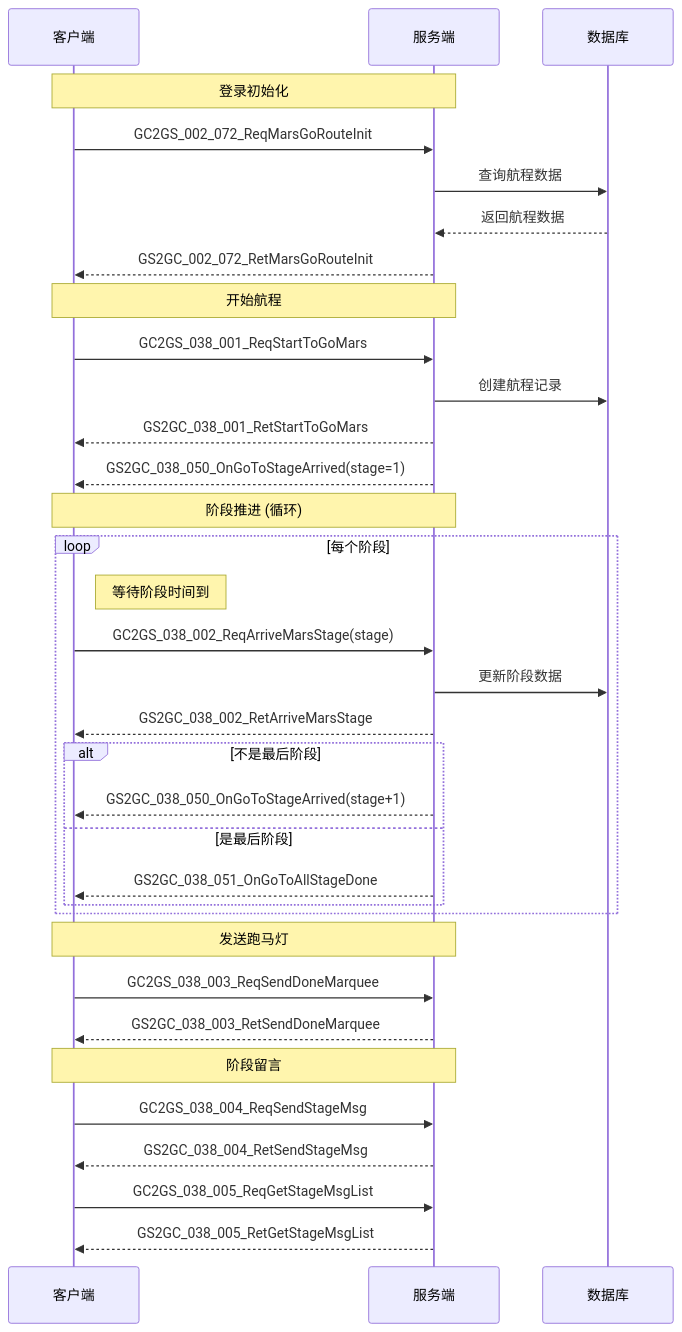
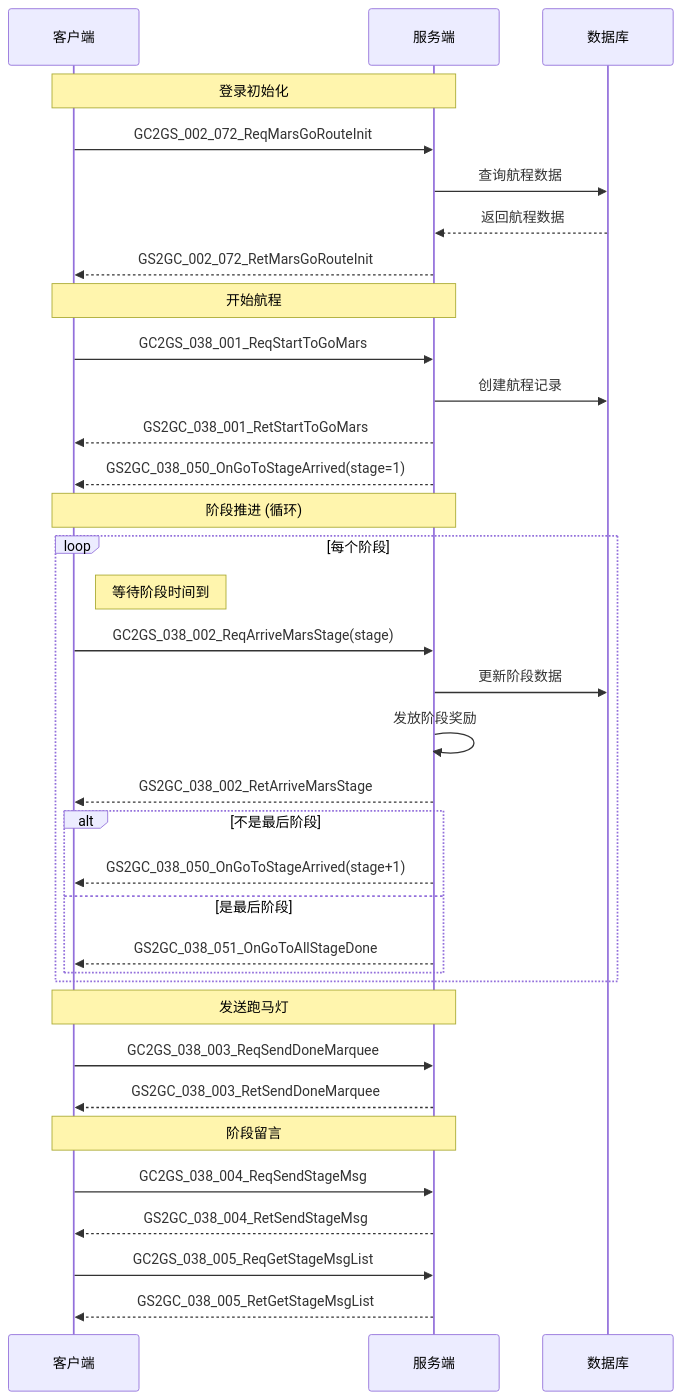
Before and after one commit to Alan-Ben/k2c_game_framework: the second of 6 diagrams in docs/Module_Mars/02_协议文档.md, drawn with Mermaid. The commit also changed other lines of this file and 6 other files, not shown here.

````diff
--- a/docs/Module_Mars/02_协议文档.md
+++ b/docs/Module_Mars/02_协议文档.md
@@ -391,43 +892,44 @@
 ```mermaid
 sequenceDiagram
     participant Client as 客户端
     participant Server as 服务端
     participant DB as 数据库
 
     Note over Client,Server: 登录初始化
     Client->>Server: GC2GS_002_072_ReqMarsGoRouteInit
     Server->>DB: 查询航程数据
     DB-->>Server: 返回航程数据
     Server-->>Client: GS2GC_002_072_RetMarsGoRouteInit
 
     Note over Client,Server: 开始航程
     Client->>Server: GC2GS_038_001_ReqStartToGoMars
     Server->>DB: 创建航程记录
     Server-->>Client: GS2GC_038_001_RetStartToGoMars
     Server-->>Client: GS2GC_038_050_OnGoToStageArrived(stage=1)
 
     Note over Client,Server: 阶段推进 (循环)
     loop 每个阶段
         Note right of Client: 等待阶段时间到
         Client->>Server: GC2GS_038_002_ReqArriveMarsStage(stage)
         Server->>DB: 更新阶段数据
+        Server->>Server: 发放阶段奖励
         Server-->>Client: GS2GC_038_002_RetArriveMarsStage
 
         alt 不是最后阶段
             Server-->>Client: GS2GC_038_050_OnGoToStageArrived(stage+1)
         else 是最后阶段
             Server-->>Client: GS2GC_038_051_OnGoToAllStageDone
         end
     end
 
     Note over Client,Server: 发送跑马灯
     Client->>Server: GC2GS_038_003_ReqSendDoneMarquee
     Server-->>Client: GS2GC_038_003_RetSendDoneMarquee
 
     Note over Client,Server: 阶段留言
     Client->>Server: GC2GS_038_004_ReqSendStageMsg
     Server-->>Client: GS2GC_038_004_RetSendStageMsg
 
     Client->>Server: GC2GS_038_005_ReqGetStageMsgList
     Server-->>Client: GS2GC_038_005_RetGetStageMsgList
 ```
````
